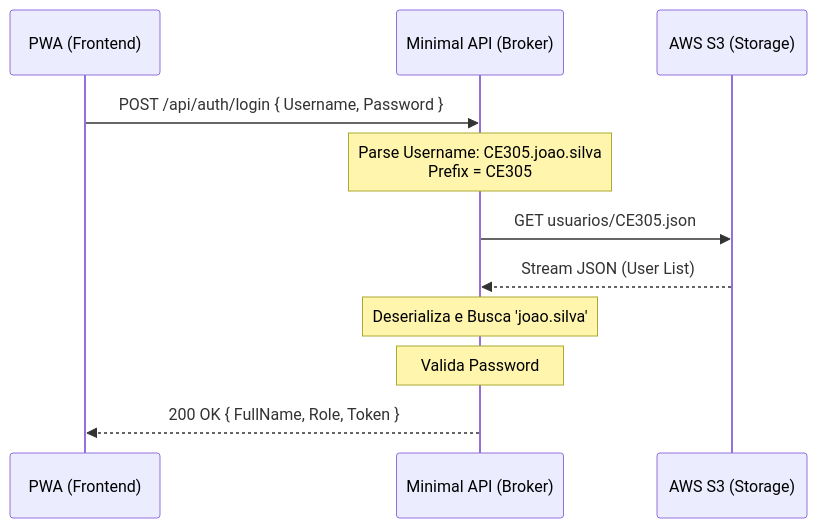
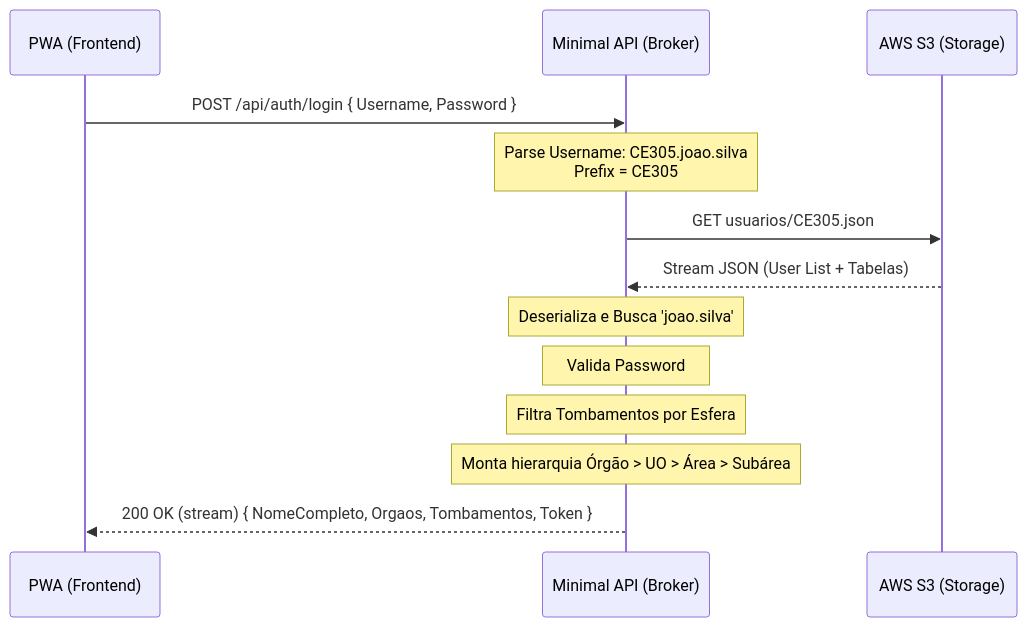
One commit to romulofcosta/AspecCapturaApi changed the diagram in docs/ARCHITECTURE.md. Above: the diagram before and after it, drawn with Mermaid. The commit also changed other lines of this file and 20 other files, not shown here.

````diff
--- a/docs/ARCHITECTURE.md
+++ b/docs/ARCHITECTURE.md
@@ -11,14 +11,16 @@
 ```mermaid
 sequenceDiagram
     participant App as PWA (Frontend)
     participant API as Minimal API (Broker)
     participant S3 as AWS S3 (Storage)
 
     App->>API: POST /api/auth/login { Username, Password }
     Note over API: Parse Username: CE305.joao.silva<br/>Prefix = CE305
     API->>S3: GET usuarios/CE305.json
-    S3-->>API: Stream JSON (User List)
+    S3-->>API: Stream JSON (User List + Tabelas)
     Note over API: Deserializa e Busca 'joao.silva'
     Note over API: Valida Password
-    API-->>App: 200 OK { FullName, Role, Token }
+    Note over API: Filtra Tombamentos por Esfera
+    Note over API: Monta hierarquia Órgão > UO > Área > Subárea
+    API-->>App: 200 OK (stream) { NomeCompleto, Orgaos, Tombamentos, Token }
 ```
````
